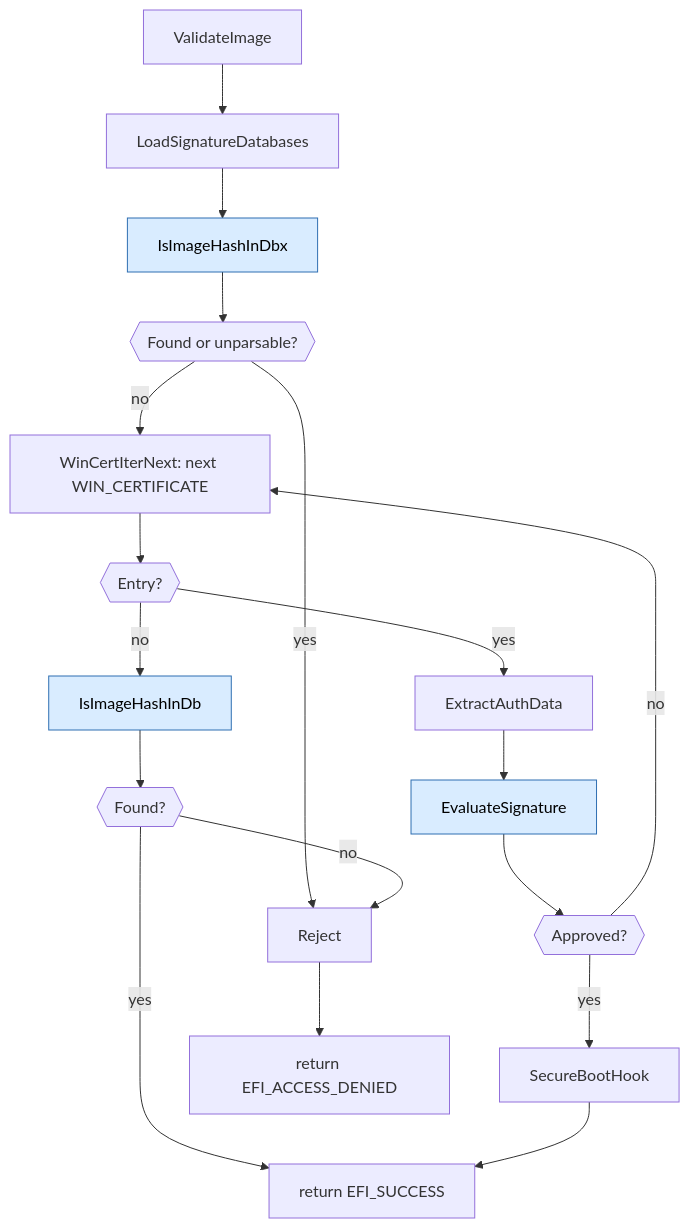
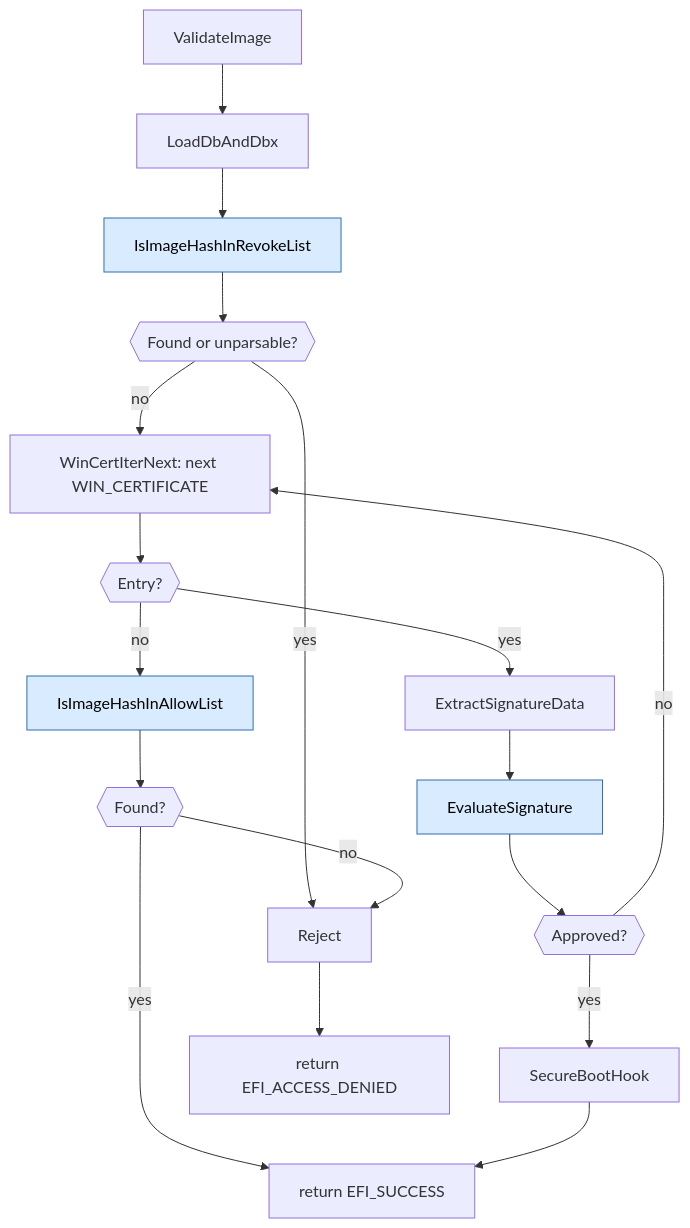
One commit to microsoft/mu_basecore changed the second of 5 diagrams in SecurityPkg/Library/DxeImageVerificationLib2/README.md. Above: the diagram before and after it, drawn with Mermaid. The commit also changed other lines of this file and 14 other files, not shown here.

````diff
--- a/SecurityPkg/Library/DxeImageVerificationLib2/README.md
+++ b/SecurityPkg/Library/DxeImageVerificationLib2/README.md
@@ -115,23 +115,23 @@
 ```mermaid
 flowchart TD
-    A[ValidateImage] --> B[LoadSignatureDatabases]
-    B --> S1[IsImageHashInDbx]
+    A[ValidateImage] --> B[LoadDbAndDbx]
+    B --> S1[IsImageHashInRevokeList]
     S1 --> S1Q{{Found or unparsable?}}
     S1Q -- yes --> R[Reject]
     S1Q -- no  --> D1[WinCertIterNext: next WIN_CERTIFICATE]
     D1 --> D2{{Entry?}}
-    D2 -- yes --> EA[ExtractAuthData]
+    D2 -- yes --> EA[ExtractSignatureData]
     EA --> IA[EvaluateSignature]
     IA --> IA1{{Approved?}}
     IA1 -- yes --> G[SecureBootHook]
     IA1 -- no --> D1
-    D2 -- no  --> H[IsImageHashInDb]
+    D2 -- no  --> H[IsImageHashInAllowList]
     H --> H1{{Found?}}
     H1 -- yes --> S
     H1 -- no  --> R
     G --> S[return EFI_SUCCESS]
     R --> X[return EFI_ACCESS_DENIED]
 
     classDef drill fill:#d9ecff,stroke:#2f6fb2,color:#000;
     class IA,S1,H drill;
 ```
````
